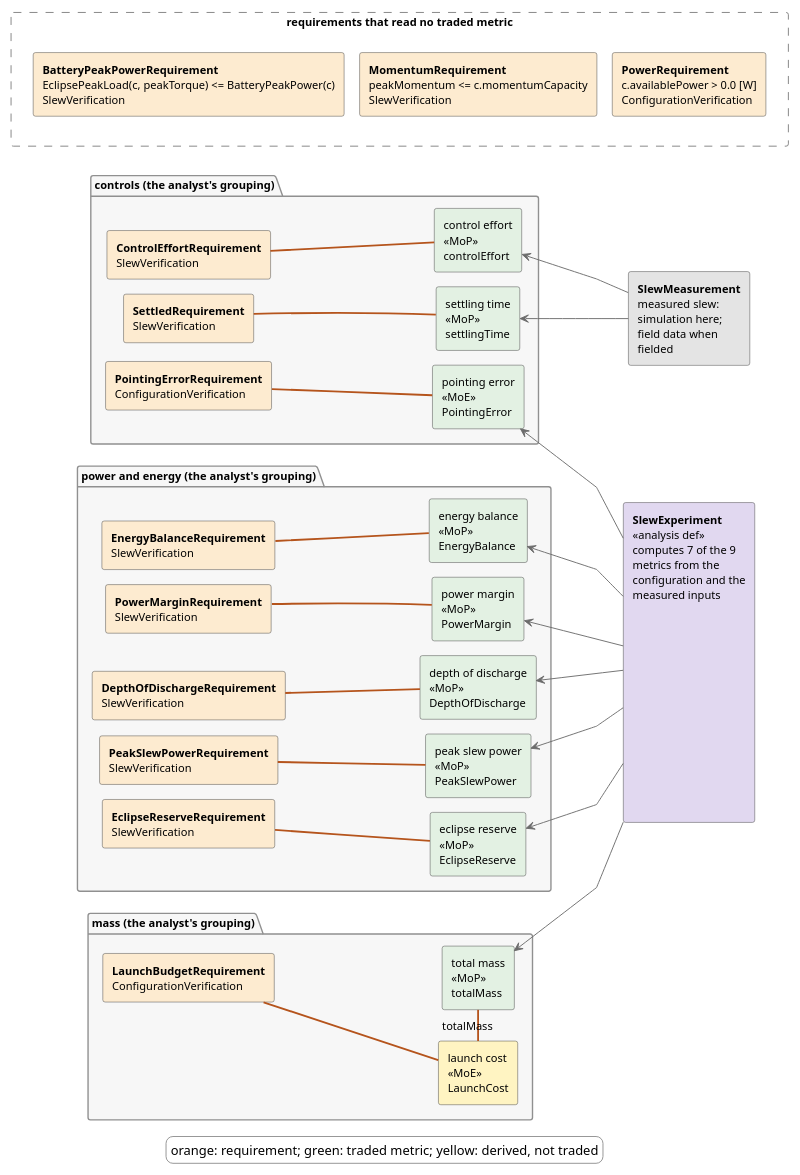
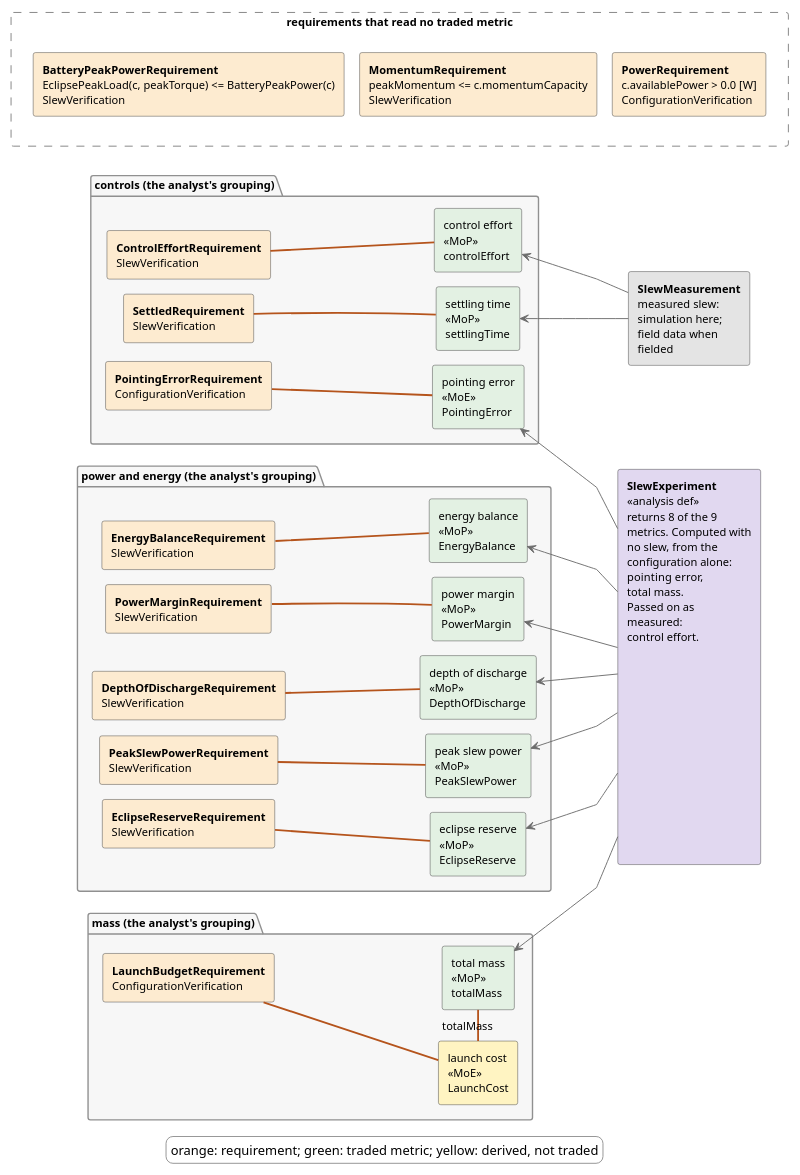
Before and after one commit to DynamicalSystemsGroup/hyperbolic-trade-space: the diagram in examples/adcs/model_v2/views/behavioural_view.puml, drawn with PlantUML. The commit also changed 17 other files, not shown here.

```diff
--- a/examples/adcs/model_v2/views/behavioural_view.puml
+++ b/examples/adcs/model_v2/views/behavioural_view.puml
@@ -1,100 +1,100 @@
 @startuml
 left to right direction
 skinparam linetype polyline
 skinparam shadowing false
 skinparam defaultFontName SansSerif
 skinparam defaultFontSize 12
 skinparam ClassBackgroundColor white
 skinparam ClassBorderColor #404040
 skinparam ClassAttributeIconSize 0
 skinparam ArrowColor #404040
 skinparam RectangleBackgroundColor white
 skinparam RectangleBorderColor #404040
 skinparam PackageBackgroundColor #F7F7F7
 skinparam PackageBorderColor #909090
 skinparam LegendBackgroundColor white
 skinparam LegendBorderColor #909090
 skinparam nodesep 16
 skinparam ranksep 12
 hide circle
 hide empty members
 
 scale 700 width
 
 package "controls (the analyst's grouping)" {
   rectangle "**SettledRequirement**\nSlewVerification" as xSettledrequirement #FDEBD0
   rectangle "**ControlEffortRequirement**\nSlewVerification" as xControleffortrequirement #FDEBD0
   rectangle "**PointingErrorRequirement**\nConfigurationVerification" as xPointingerrorrequirement #FDEBD0
   rectangle "settling time\n<<MoP>>\nsettlingTime" as xSettlingTime #E3F1E3
   rectangle "control effort\n<<MoP>>\ncontrolEffort" as xControlEffort #E3F1E3
   rectangle "pointing error\n<<MoE>>\nPointingError" as xPointingError #E3F1E3
 }
 xSettledrequirement -[hidden]right-> xControleffortrequirement
 xControleffortrequirement -[hidden]right-> xPointingerrorrequirement
 xSettlingTime -[hidden]right-> xControlEffort
 xControlEffort -[hidden]right-> xPointingError
 xSettledrequirement -[hidden]-> xSettlingTime
 package "power and energy (the analyst's grouping)" {
   rectangle "**PowerMarginRequirement**\nSlewVerification" as xPowermarginrequirement #FDEBD0
   rectangle "**EnergyBalanceRequirement**\nSlewVerification" as xEnergybalancerequirement #FDEBD0
   rectangle "**EclipseReserveRequirement**\nSlewVerification" as xEclipsereserverequirement #FDEBD0
   rectangle "**PeakSlewPowerRequirement**\nSlewVerification" as xPeakslewpowerrequirement #FDEBD0
   rectangle "**DepthOfDischargeRequirement**\nSlewVerification" as xDepthofdischargerequirement #FDEBD0
   rectangle "power margin\n<<MoP>>\nPowerMargin" as xPowerMargin #E3F1E3
   rectangle "energy balance\n<<MoP>>\nEnergyBalance" as xEnergyBalance #E3F1E3
   rectangle "eclipse reserve\n<<MoP>>\nEclipseReserve" as xEclipseReserve #E3F1E3
   rectangle "peak slew power\n<<MoP>>\nPeakSlewPower" as xPeakSlewPower #E3F1E3
   rectangle "depth of discharge\n<<MoP>>\nDepthOfDischarge" as xDepthOfDischarge #E3F1E3
 }
 xPowermarginrequirement -[hidden]right-> xEnergybalancerequirement
 xEnergybalancerequirement -[hidden]right-> xEclipsereserverequirement
 xEclipsereserverequirement -[hidden]right-> xPeakslewpowerrequirement
 xPeakslewpowerrequirement -[hidden]right-> xDepthofdischargerequirement
 xPowerMargin -[hidden]right-> xEnergyBalance
 xEnergyBalance -[hidden]right-> xEclipseReserve
 xEclipseReserve -[hidden]right-> xPeakSlewPower
 xPeakSlewPower -[hidden]right-> xDepthOfDischarge
 xPowermarginrequirement -[hidden]-> xPowerMargin
 package "mass (the analyst's grouping)" {
   rectangle "**LaunchBudgetRequirement**\nConfigurationVerification" as xLaunchbudgetrequirement #FDEBD0
   rectangle "launch cost\n<<MoE>>\nLaunchCost" as xLaunchcost #FFF4C2
   rectangle "total mass\n<<MoP>>\ntotalMass" as xTotalMass #E3F1E3
 }
 xLaunchbudgetrequirement -[hidden]-> xTotalMass
 rectangle "requirements that read no traded metric" as xNoLine #FFFFFF;line:gray;line.dashed {
   rectangle "**BatteryPeakPowerRequirement**\nEclipsePeakLoad(c, peakTorque) <= BatteryPeakPower(c)\nSlewVerification" as xBatterypeakpowerrequirement #FDEBD0
   rectangle "**MomentumRequirement**\npeakMomentum <= c.momentumCapacity\nSlewVerification" as xMomentumrequirement #FDEBD0
   rectangle "**PowerRequirement**\nc.availablePower > 0.0 [W]\nConfigurationVerification" as xPowerrequirement #FDEBD0
   xBatterypeakpowerrequirement -[hidden]-> xMomentumrequirement
   xMomentumrequirement -[hidden]-> xPowerrequirement
 }
 xLaunchbudgetrequirement -[hidden]right-> xNoLine
 
-rectangle "**SlewExperiment**\n<<analysis def>>\ncomputes 7 of the 9\nmetrics from the\nconfiguration and the\nmeasured inputs\n\n\n\n\n\n\n\n\n\n\n\n\n\n" as xAnalysis #E1D8F0
+rectangle "**SlewExperiment**\n<<analysis def>>\nreturns 8 of the 9\nmetrics. Computed with\nno slew, from the\nconfiguration alone:\npointing error,\ntotal mass.\nPassed on as\nmeasured:\ncontrol effort.\n\n\n\n\n\n\n\n\n\n\n\n\n\n" as xAnalysis #E1D8F0
 rectangle "**SlewMeasurement**\nmeasured slew:\nsimulation here;\nfield data when\nfielded" as xMeasure #E4E4E4
 xMeasure -[hidden]right-> xAnalysis
 
 xControleffortrequirement -[#B5541C,thickness=2]- xControlEffort
 xDepthofdischargerequirement -[#B5541C,thickness=2]- xDepthOfDischarge
 xEclipsereserverequirement -[#B5541C,thickness=2]- xEclipseReserve
 xEnergybalancerequirement -[#B5541C,thickness=2]- xEnergyBalance
 xLaunchbudgetrequirement -[#B5541C,thickness=2]- xLaunchcost
 xLaunchcost -[#B5541C,thickness=2]right- xTotalMass : totalMass
 xPeakslewpowerrequirement -[#B5541C,thickness=2]- xPeakSlewPower
 xPointingerrorrequirement -[#B5541C,thickness=2]- xPointingError
 xPowermarginrequirement -[#B5541C,thickness=2]- xPowerMargin
 xSettledrequirement -[#B5541C,thickness=2]- xSettlingTime
 xSettlingTime <-[#6B6B6B]- xMeasure
 xPointingError <-[#6B6B6B]- xAnalysis
 xTotalMass <-[#6B6B6B]- xAnalysis
 xControlEffort <-[#6B6B6B]- xMeasure
 xPowerMargin <-[#6B6B6B]- xAnalysis
 xEnergyBalance <-[#6B6B6B]- xAnalysis
 xEclipseReserve <-[#6B6B6B]- xAnalysis
 xPeakSlewPower <-[#6B6B6B]- xAnalysis
 xDepthOfDischarge <-[#6B6B6B]- xAnalysis
 
 legend bottom
   orange: requirement; green: traded metric; yellow: derived, not traded
 end legend
 @enduml
```
